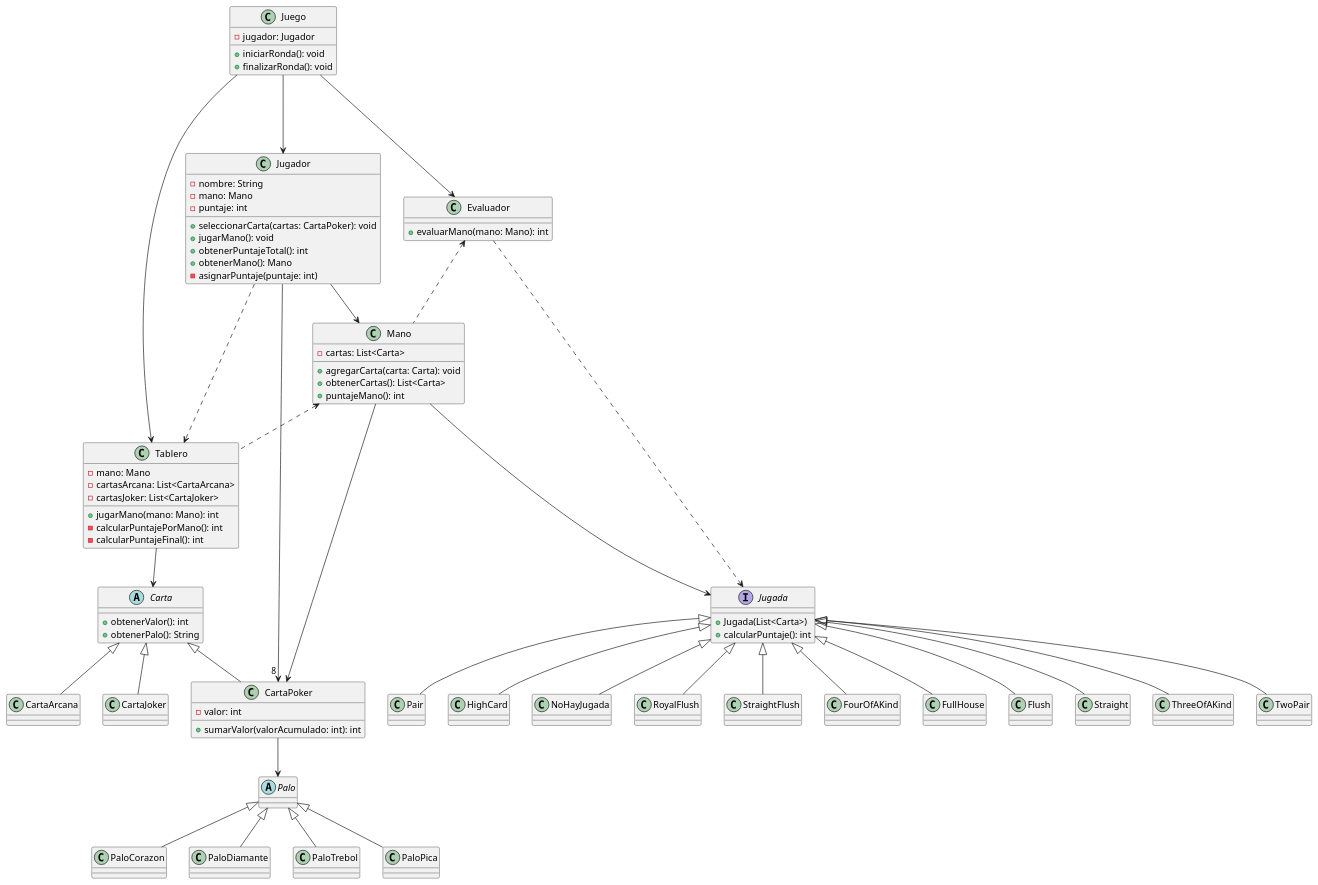
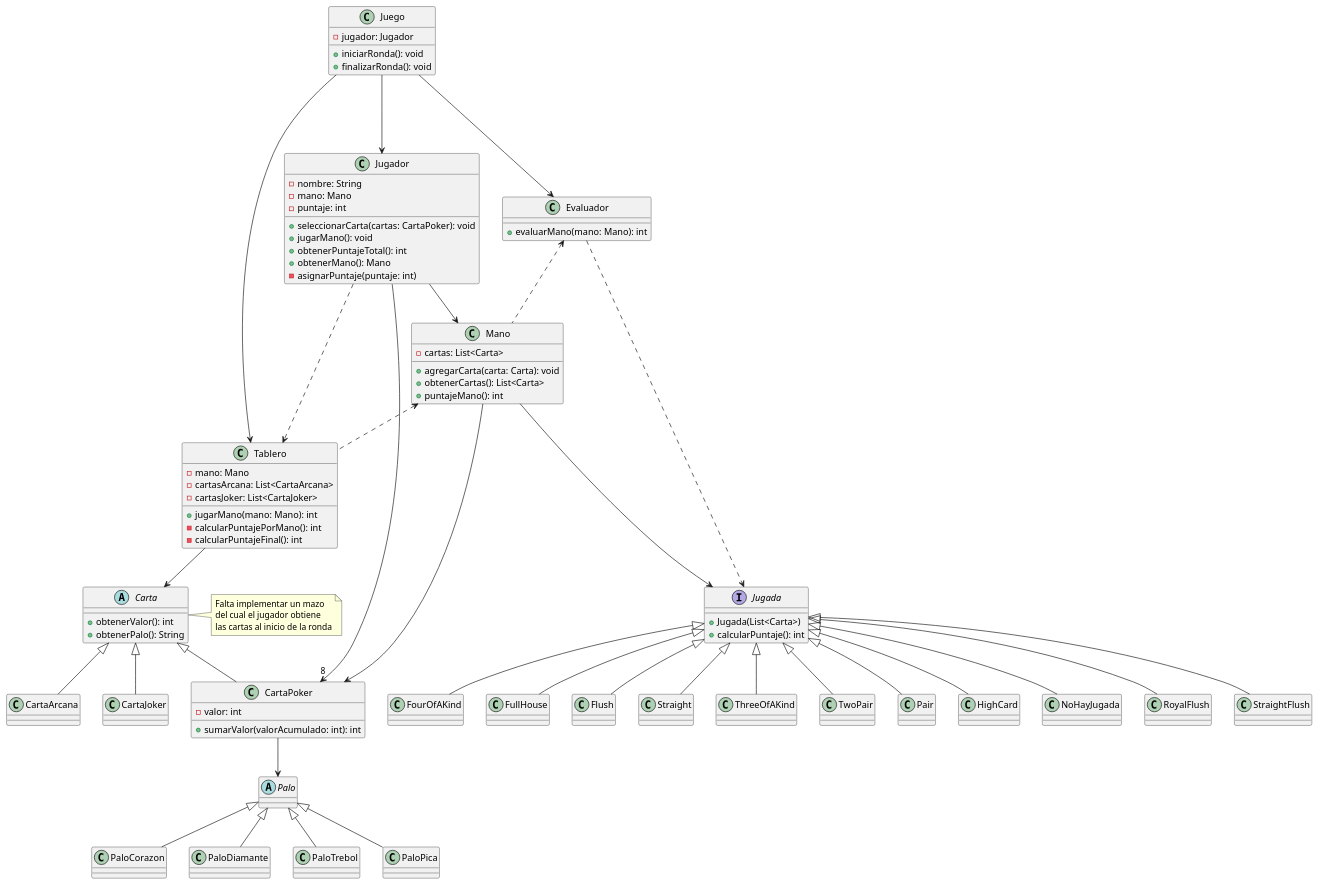
One commit to Cbonchan/Balatro changed the diagram in diagrams/classes/Juego.puml. Above: the diagram before and after it, drawn with PlantUML.

Commit message:
modificacion en diagrama

```diff
--- a/diagrams/classes/Juego.puml
+++ b/diagrams/classes/Juego.puml
@@ -1,127 +1,132 @@
 @startuml
 class Juego {
     - jugador: Jugador
     + iniciarRonda(): void
     + finalizarRonda(): void
 }
 
 class Jugador {
     - nombre: String
     - mano: Mano
     - puntaje: int
 
     +seleccionarCarta(cartas: CartaPoker): void
     +jugarMano(): void
     + obtenerPuntajeTotal(): int
     + obtenerMano(): Mano
     - asignarPuntaje(puntaje: int)
 
 }
 
 class Mano {
     - cartas: List<Carta>
     + agregarCarta(carta: Carta): void
     + obtenerCartas(): List<Carta>
     + puntajeMano(): int
 }
 
 abstract class Carta {
 
     + obtenerValor(): int
     + obtenerPalo(): String
 }
 
 class CartaPoker extends Carta{
     - valor: int
     +sumarValor(valorAcumulado: int): int
 }
 
 class CartaArcana extends Carta{
 }
 
 class CartaJoker extends Carta{
 }
 
 class Evaluador {
     + evaluarMano(mano: Mano): int
 }
 
 interface Jugada{
     +Jugada(List<Carta>)
     +calcularPuntaje(): int
 }
 
 class NoHayJugada extends Jugada{
 }
 
 class RoyalFlush extends Jugada{
 }
 
 class StraightFlush extends Jugada{
 }
 
 class FourOfAKind extends Jugada{
 }
 
 class FullHouse extends Jugada{
 }
 
 class Flush extends Jugada{
 }
 
 class Straight extends Jugada{
 }
 
 class ThreeOfAKind extends Jugada{
 }
 
 class TwoPair extends Jugada{
 }
 
 class Pair extends Jugada{
 }
 
 class HighCard extends Jugada{
 }
 
 
 abstract class Palo{
 }
 
 class PaloCorazon extends Palo{
 }
 
 class PaloDiamante extends Palo{
 }
 
 class PaloTrebol extends Palo{
 }
 
 class PaloPica extends Palo{
 }
 
 class Tablero {
     - mano: Mano
     - cartasArcana: List<CartaArcana>
     - cartasJoker: List<CartaJoker>
     + jugarMano(mano: Mano): int
     - calcularPuntajePorMano(): int
     - calcularPuntajeFinal(): int
 }
 
+note right of Carta
+    Falta implementar un mazo
+    del cual el jugador obtiene
+    las cartas al inicio de la ronda
+end note
 Jugador --> "8 " CartaPoker
 Evaluador ..> Jugada
 Juego ---> Jugador
 Jugador --> Mano
 Mano --> CartaPoker
 Juego --> Evaluador
 Evaluador <.. Mano
 Tablero --> Carta
 Mano <.. Tablero
 Jugador ..> Tablero
 Mano ---> Jugada
 Juego --> Tablero
 
 CartaPoker --> Palo
 
 @enduml
```
